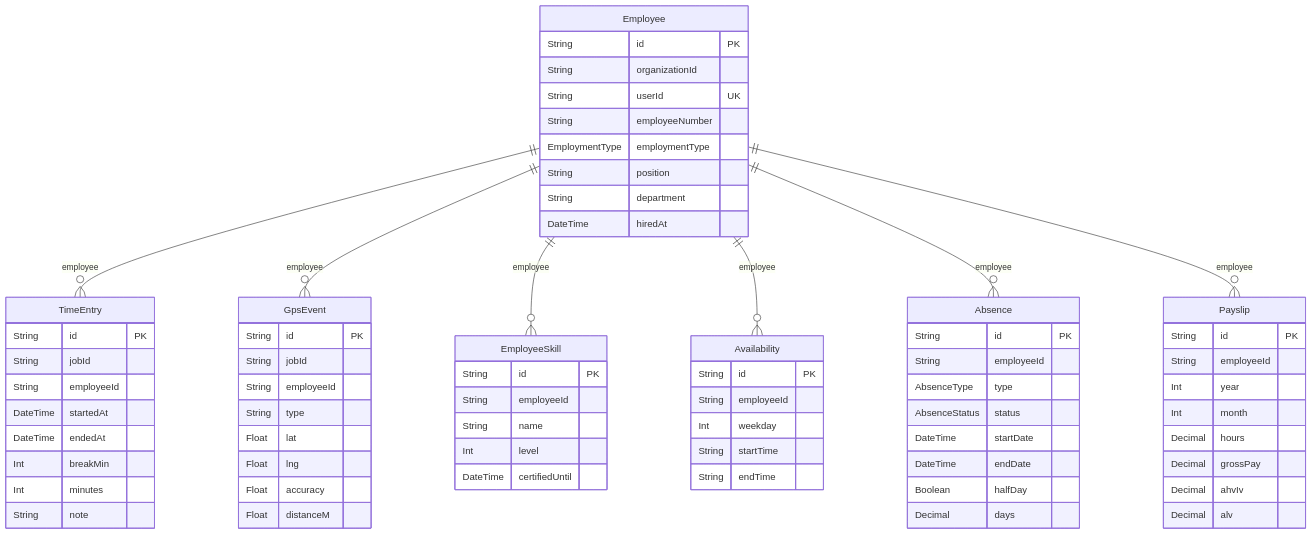
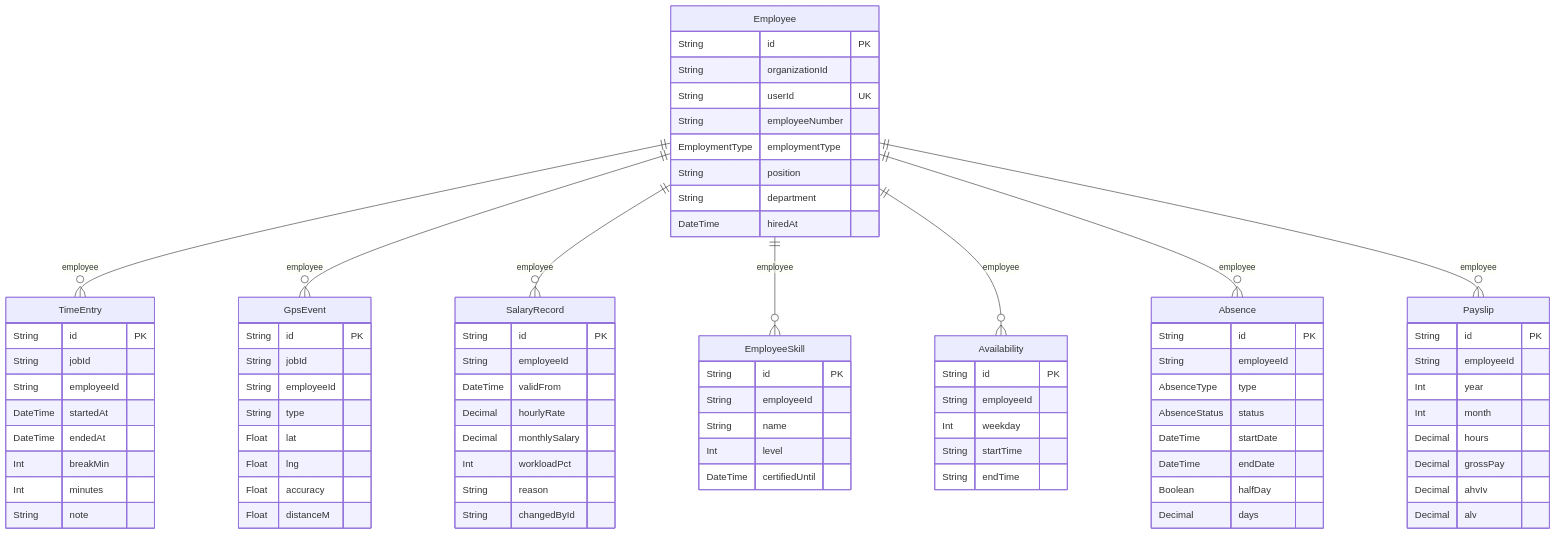
Before and after one commit to javadqasemi/Clenaris: the seventh of 12 diagrams in docs/DATABASE.md, drawn with Mermaid. The commit also changed other lines of this file and 65 other files, not shown here.

```diff
--- a/docs/DATABASE.md
+++ b/docs/DATABASE.md
@@ -597,6 +597,16 @@
     String position
     String department
     DateTime hiredAt
+  }
+  SalaryRecord {
+    String id PK
+    String employeeId
+    DateTime validFrom
+    Decimal hourlyRate
+    Decimal monthlySalary
+    Int workloadPct
+    String reason
+    String changedById
   }
   EmployeeSkill {
     String id PK
@@ -634,6 +644,7 @@
   }
   Employee ||--o{ TimeEntry : "employee"
   Employee ||--o{ GpsEvent : "employee"
+  Employee ||--o{ SalaryRecord : "employee"
   Employee ||--o{ EmployeeSkill : "employee"
   Employee ||--o{ Availability : "employee"
   Employee ||--o{ Absence : "employee"
```
